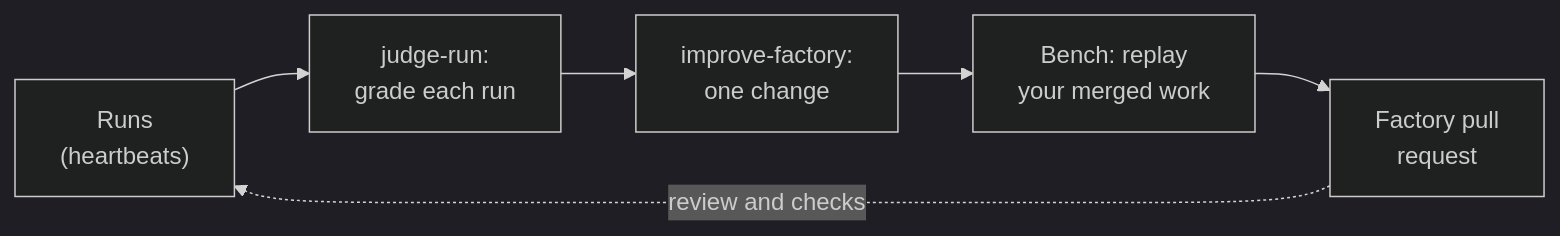
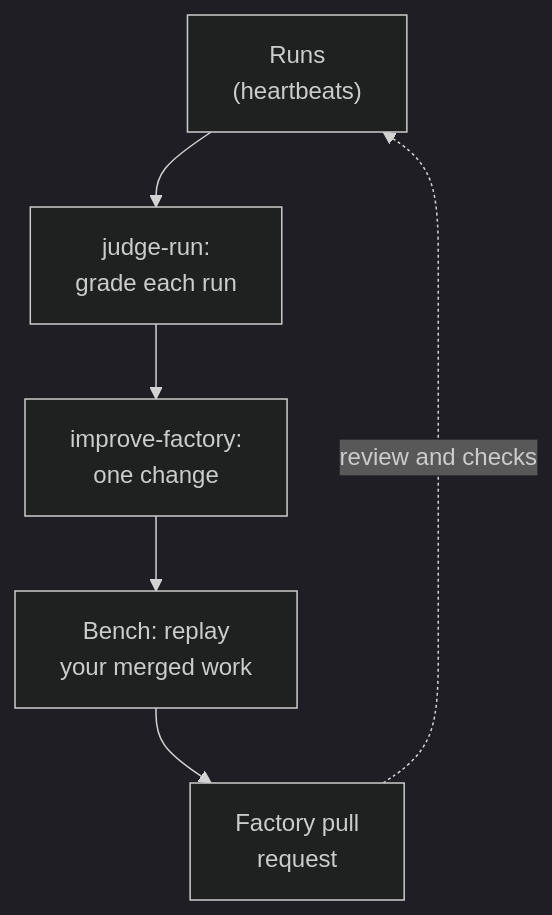
The diagram in docs/guide/10-learning.md (dmitriywind/agentic-sdlc), drawn with Mermaid (dark theme) before and after one commit. The commit also changed 48 other files, not shown here.

````diff
--- a/docs/guide/10-learning.md
+++ b/docs/guide/10-learning.md
@@ -7,8 +7,8 @@
 ```mermaid
-flowchart LR
+flowchart TB
   runs["Runs<br/>(heartbeats)"]:::board --> judge["judge-run:<br/>grade each run"]:::agent
   judge --> prop["improve-factory:<br/>one change"]:::agent
   prop --> bench["Bench: replay<br/>your merged work"]:::ci
   bench --> cr["Factory pull<br/>request"]:::ci
   cr -.->|"review and checks"| runs
 ```
````
